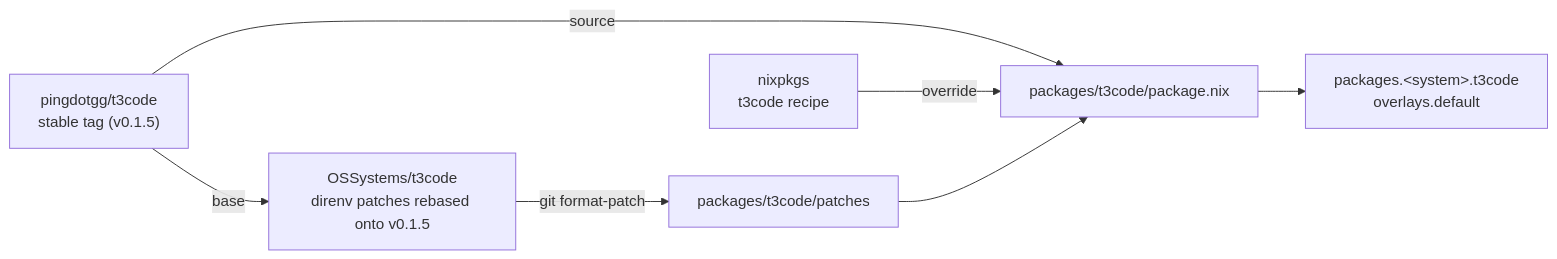
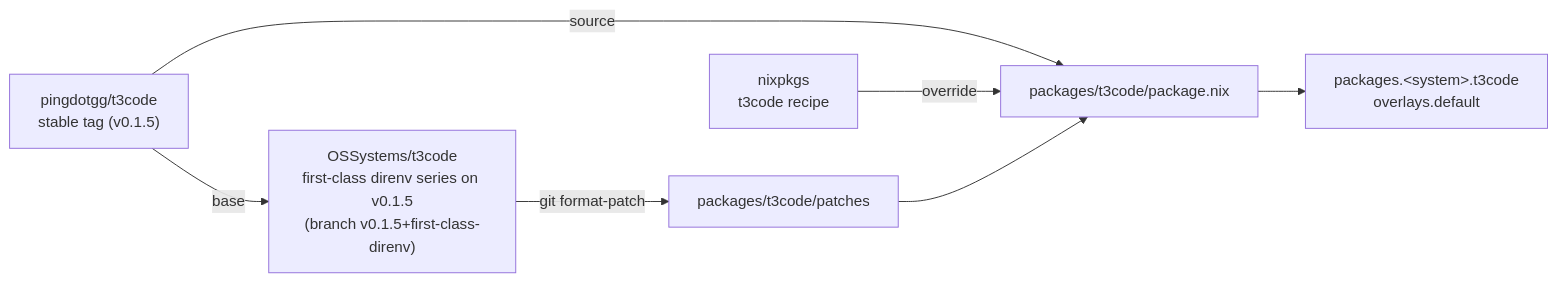
The diagram in README.md (OSSystems/t3code-nix), drawn with Mermaid before and after one commit. The commit also changed 12 other files, not shown here.

First line of the commit message:
feat: apply the first-class direnv series to T3 Code v0.1.5

````diff
--- a/README.md
+++ b/README.md
@@ -15,16 +15,16 @@
 ```mermaid
 flowchart LR
   upstream["pingdotgg/t3code<br/>stable tag (v0.1.5)"]
-  fork["OSSystems/t3code<br/>direnv patches rebased onto v0.1.5"]
+  fork["OSSystems/t3code<br/>first-class direnv series on v0.1.5<br/>(branch v0.1.5+first-class-direnv)"]
   recipe["nixpkgs<br/>t3code recipe"]
   patches["packages/t3code/patches"]
   pkg["packages/t3code/package.nix"]
   out["packages.&lt;system&gt;.t3code<br/>overlays.default"]
 
   upstream -- "base" --> fork
   fork -- "git format-patch" --> patches
   upstream -- "source" --> pkg
   recipe -- "override" --> pkg
   patches --> pkg
   pkg --> out
 ```
````
